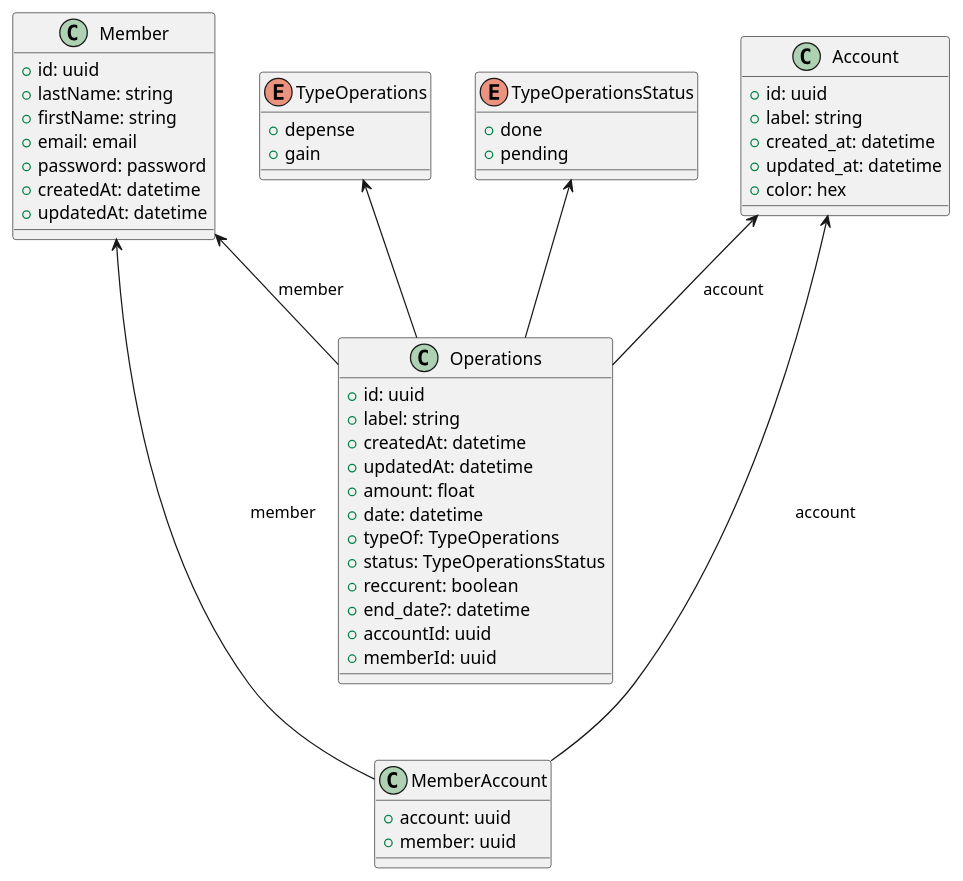
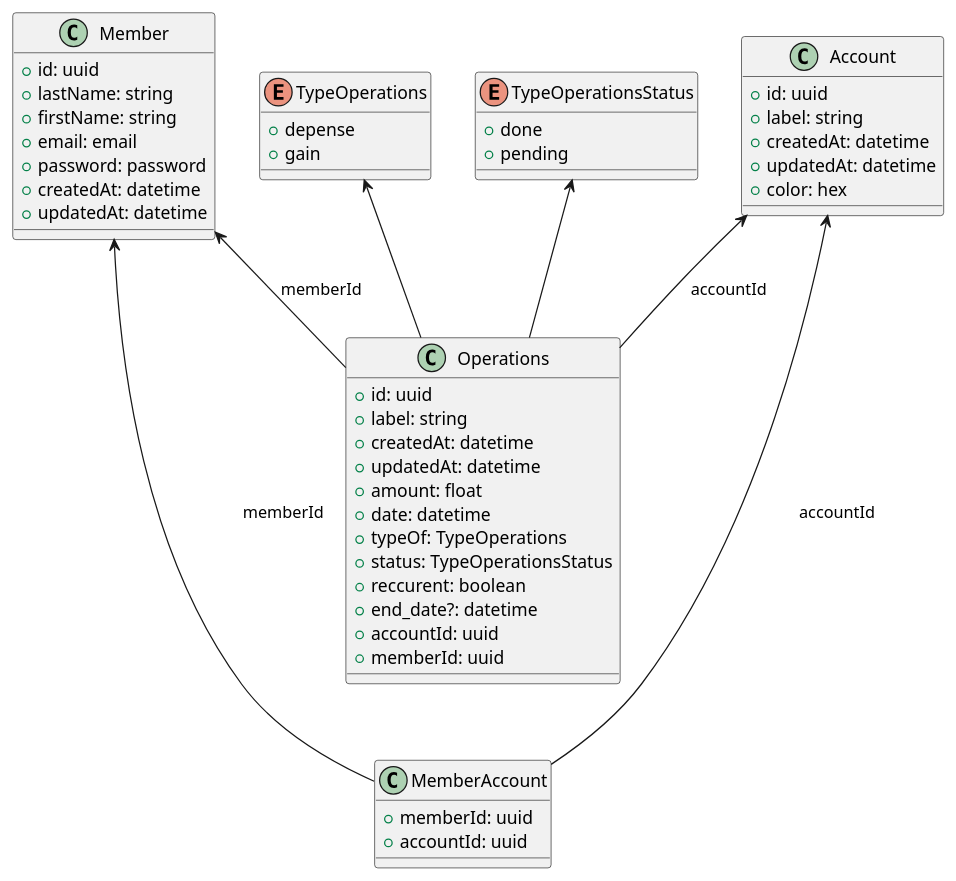
One commit to D-Rayven/account changed the second of 2 diagrams in README.md. Above: the diagram before and after it, drawn with PlantUML.

Commit message:
README.md updated

````diff
--- a/README.md
+++ b/README.md
@@ -34,59 +34,59 @@
 ```plantuml
 @startuml
 
 enum "TypeOperations" as typeoperations {
     + depense
     + gain
 }
 
 enum "TypeOperationsStatus" as typeoperationsstatus {
     + done
     + pending
 }
 
 class "Member" as member {
     + id: uuid
     + lastName: string
     + firstName: string
     + email: email
     + password: password
     + createdAt: datetime
     + updatedAt: datetime
 }
 
 class "Operations" as operations {
     + id: uuid
     + label: string
     + createdAt: datetime
     + updatedAt: datetime
     + amount: float
     + date: datetime
     + typeOf: TypeOperations
     + status: TypeOperationsStatus
     + reccurent: boolean
     + end_date?: datetime
     + accountId: uuid
     + memberId: uuid
 }
 
 class "Account" as account {
     + id: uuid
     + label: string
-    + created_at: datetime
-    + updated_at: datetime
+    + createdAt: datetime
+    + updatedAt: datetime
     + color: hex
 }
 
 class "MemberAccount" as memberaccount {
-    + account: uuid
-    + member: uuid
+    + memberId: uuid
+    + accountId: uuid
 }
 
-account <-- operations: " account"
-member <- operations: " member"
+account <-- operations: " accountId"
+member <- operations: " memberId"
 typeoperations <-- operations
 typeoperationsstatus <-- operations
-account <--- memberaccount: "account"
-member <--- memberaccount: "member"
+account <--- memberaccount: "accountId"
+member <--- memberaccount: "memberId"
 @enduml
 ```
````
